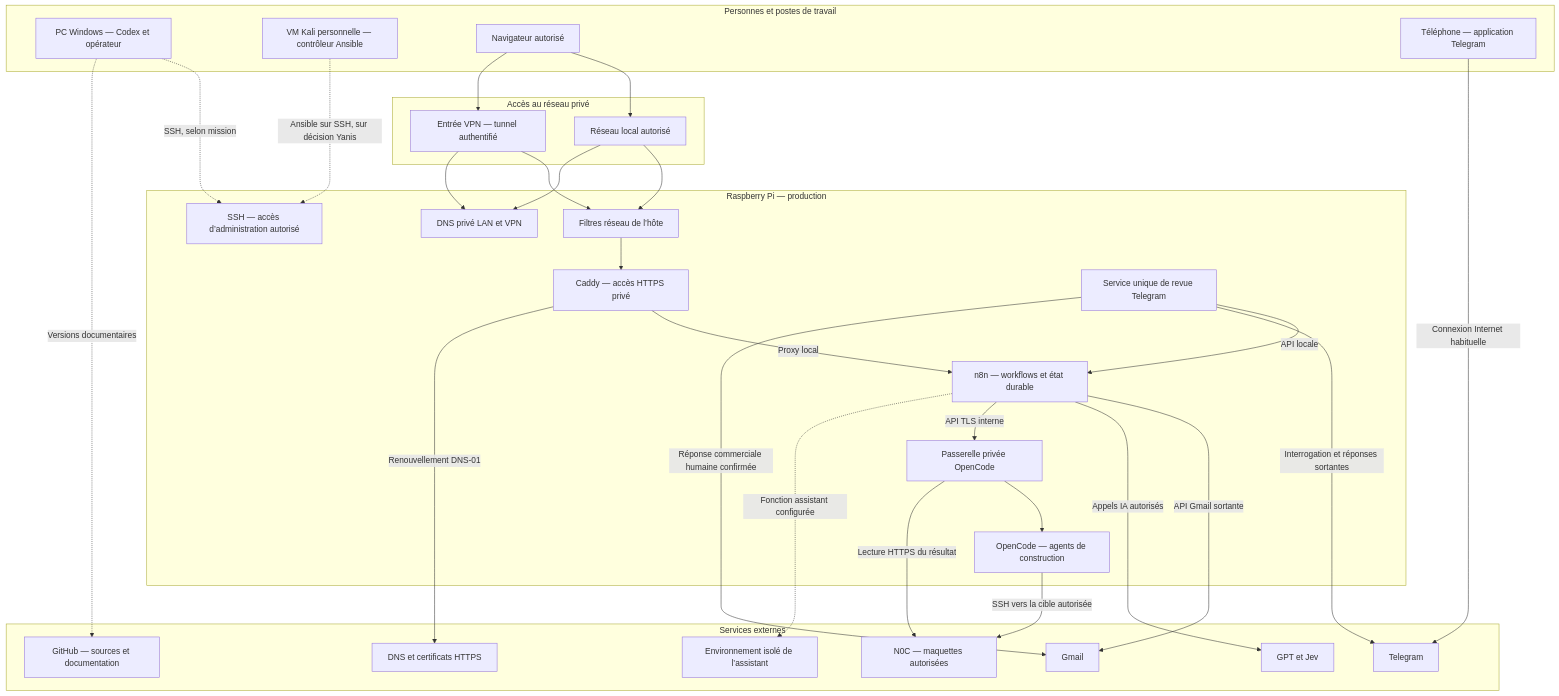
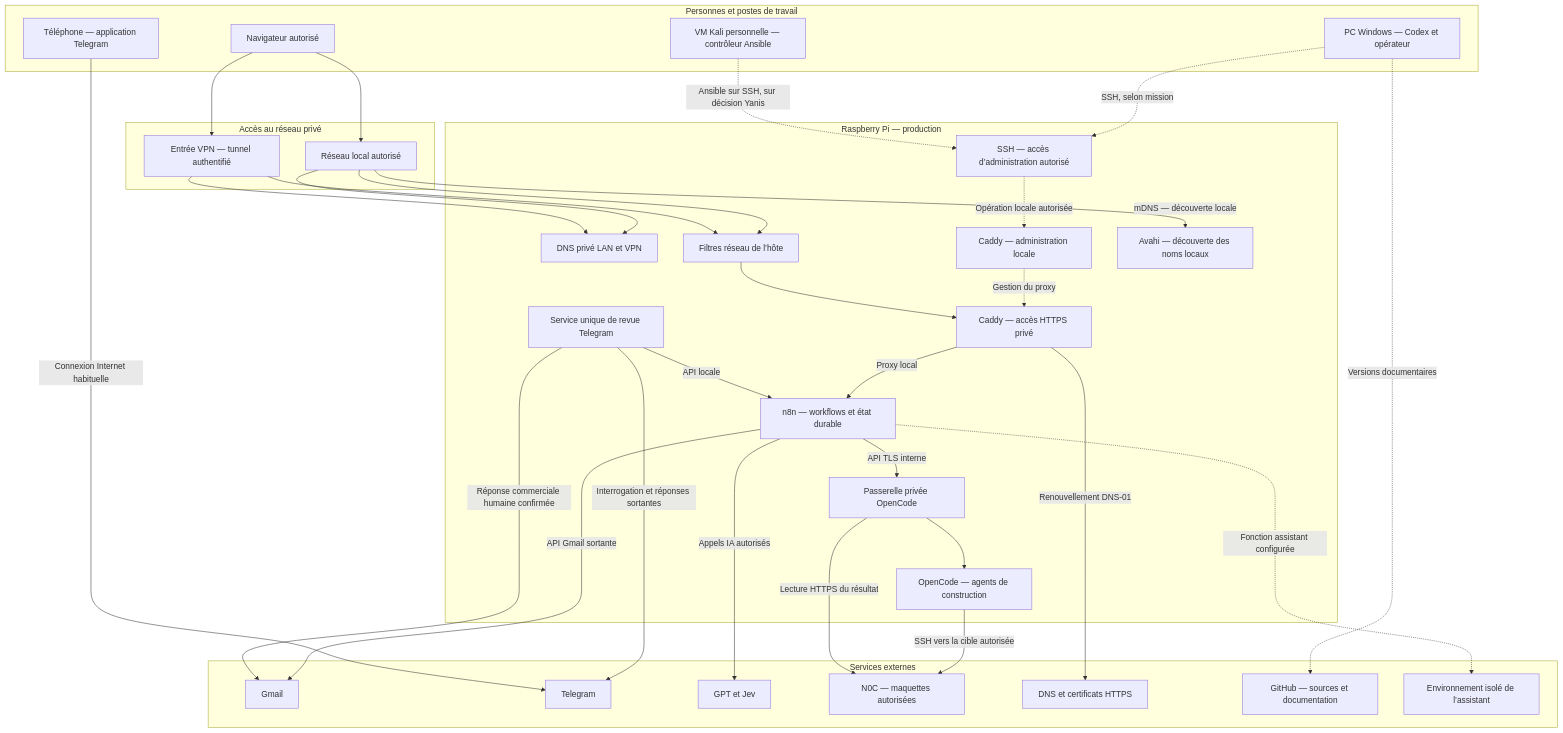
One commit to yanisAitlamine/repo-partage-humains changed the first of 6 diagrams in documentation yanis/ARCHITECTURE.md. Above: the diagram before and after it, drawn with Mermaid.

Commit message:
Include discovery and local proxy administration in architecture map

````diff
--- a/documentation yanis/ARCHITECTURE.md
+++ b/documentation yanis/ARCHITECTURE.md
@@ -56,59 +56,64 @@
 ```mermaid
 flowchart TB
     subgraph OPERATEURS["Personnes et postes de travail"]
         WINDOWS["PC Windows — Codex et opérateur"]
         KALI["VM Kali personnelle — contrôleur Ansible"]
         WEB["Navigateur autorisé"]
         PHONE["Téléphone — application Telegram"]
     end
 
     subgraph RESEAU["Accès au réseau privé"]
         LAN["Réseau local autorisé"]
         VPN["Entrée VPN — tunnel authentifié"]
     end
 
     subgraph PI["Raspberry Pi — production"]
         SSH["SSH — accès d’administration autorisé"]
         DNS["DNS privé LAN et VPN"]
         FILTER["Filtres réseau de l’hôte"]
         HTTPS["Caddy — accès HTTPS privé"]
+        ADMINAPI["Caddy — administration locale"]
+        DISCOVERY["Avahi — découverte des noms locaux"]
         N8N["n8n — workflows et état durable"]
         TGWORKER["Service unique de revue Telegram"]
         BRIDGE["Passerelle privée OpenCode"]
         OC["OpenCode — agents de construction"]
     end
 
     subgraph EXT["Services externes"]
         GMAIL["Gmail"]
         TELEGRAM["Telegram"]
         IA["GPT et Jev"]
         NOC["N0C — maquettes autorisées"]
         DNSCERT["DNS et certificats HTTPS"]
         GIT["GitHub — sources et documentation"]
         SANDBOX["Environnement isolé de l’assistant"]
     end
 
     WINDOWS -. "SSH, selon mission" .-> SSH
     KALI -. "Ansible sur SSH, sur décision Yanis" .-> SSH
     WEB --> LAN
     WEB --> VPN
     LAN --> FILTER
     VPN --> FILTER
     LAN --> DNS
+    LAN -->|"mDNS — découverte locale"| DISCOVERY
+    SSH -. "Opération locale autorisée" .-> ADMINAPI
+    ADMINAPI -. "Gestion du proxy" .-> HTTPS
     VPN --> DNS
     FILTER --> HTTPS
     HTTPS -->|"Proxy local"| N8N
     N8N -->|"API Gmail sortante"| GMAIL
     N8N -->|"Appels IA autorisés"| IA
     N8N -->|"API TLS interne"| BRIDGE
     BRIDGE --> OC
     OC -->|"SSH vers la cible autorisée"| NOC
     BRIDGE -->|"Lecture HTTPS du résultat"| NOC
     TGWORKER -->|"API locale"| N8N
     TGWORKER -->|"Interrogation et réponses sortantes"| TELEGRAM
     TGWORKER -->|"Réponse commerciale humaine confirmée"| GMAIL
     PHONE -->|"Connexion Internet habituelle"| TELEGRAM
     HTTPS -->|"Renouvellement DNS-01"| DNSCERT
     WINDOWS -. "Versions documentaires" .-> GIT
     N8N -. "Fonction assistant configurée" .-> SANDBOX
 ```
````
